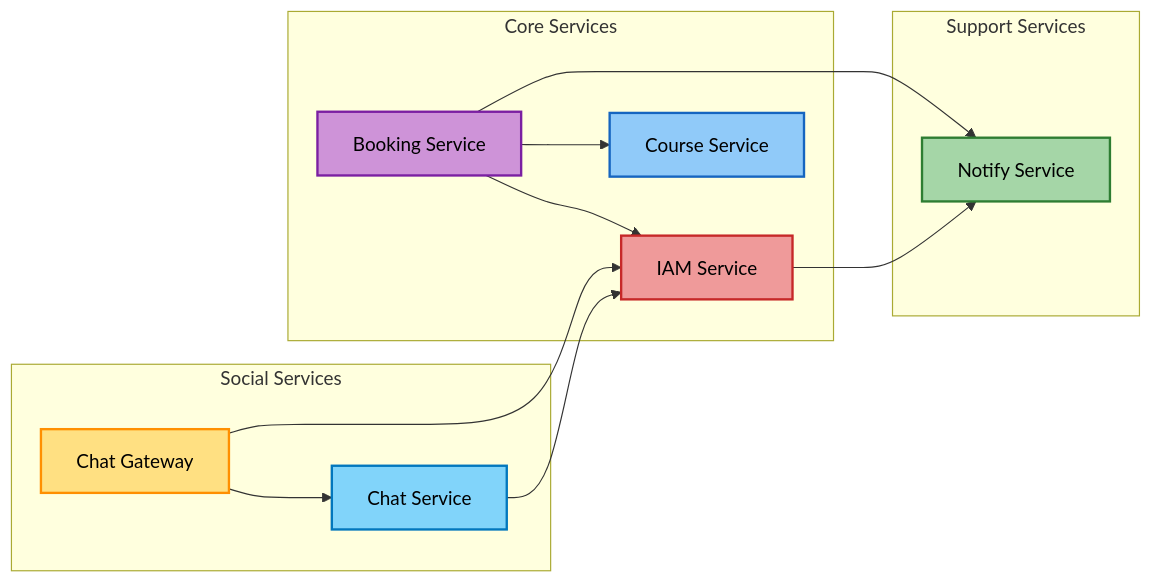
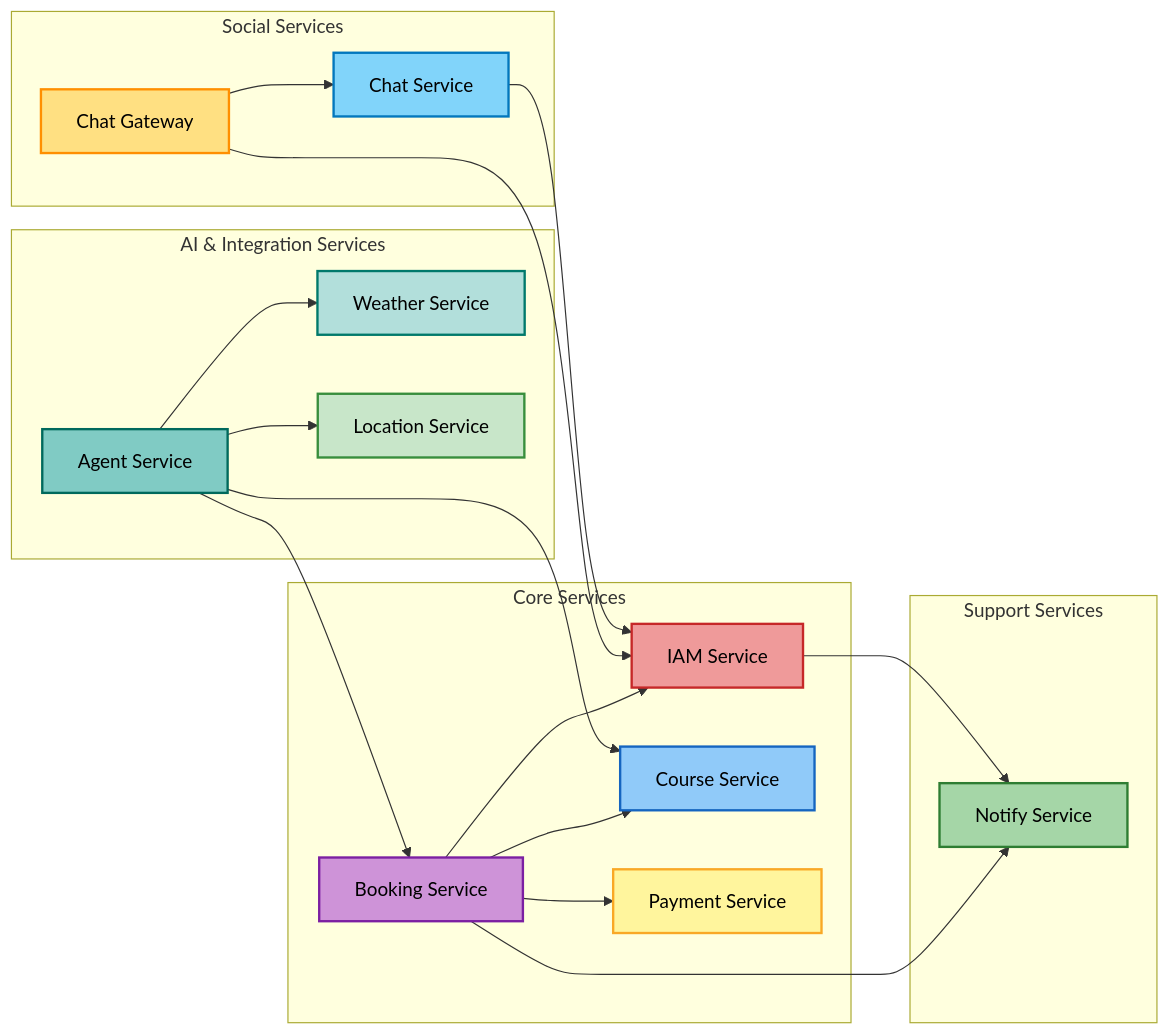
One commit to uniyous/parkgolf-platform changed the third of 8 diagrams in docs/ARCHITECTURE.md. Above: the diagram before and after it, drawn with Mermaid. The commit also changed other lines of this file, not shown here.

First line of the commit message:
docs: ARCHITECTURE.md 최신화 - 신규 서비스 추가

````diff
--- a/docs/ARCHITECTURE.md
+++ b/docs/ARCHITECTURE.md
@@ -172,32 +204,48 @@
 ```mermaid
 graph LR
     subgraph "Core Services"
         IAM[IAM Service]
         COURSE[Course Service]
         BOOK[Booking Service]
+        PAY[Payment Service]
     end
 
     subgraph "Social Services"
         CHAT[Chat Service]
         CHATGW[Chat Gateway]
     end
 
     subgraph "Support Services"
         NOTIFY[Notify Service]
     end
 
+    subgraph "AI & Integration Services"
+        AGENT[Agent Service]
+        WEATHER[Weather Service]
+        LOCATION[Location Service]
+    end
+
     BOOK --> IAM
     BOOK --> COURSE
     BOOK --> NOTIFY
+    BOOK --> PAY
     IAM --> NOTIFY
     CHATGW --> CHAT
     CHATGW --> IAM
     CHAT --> IAM
+    AGENT --> COURSE
+    AGENT --> BOOK
+    AGENT --> WEATHER
+    AGENT --> LOCATION
 
     style IAM fill:#ef9a9a,stroke:#c62828,stroke-width:2px,color:#000
     style COURSE fill:#90caf9,stroke:#1565c0,stroke-width:2px,color:#000
     style BOOK fill:#ce93d8,stroke:#7b1fa2,stroke-width:2px,color:#000
+    style PAY fill:#fff59d,stroke:#f9a825,stroke-width:2px,color:#000
     style NOTIFY fill:#a5d6a7,stroke:#2e7d32,stroke-width:2px,color:#000
     style CHAT fill:#81d4fa,stroke:#0277bd,stroke-width:2px,color:#000
     style CHATGW fill:#ffe082,stroke:#ff8f00,stroke-width:2px,color:#000
+    style AGENT fill:#80cbc4,stroke:#00695c,stroke-width:2px,color:#000
+    style WEATHER fill:#b2dfdb,stroke:#00796b,stroke-width:2px,color:#000
+    style LOCATION fill:#c8e6c9,stroke:#388e3c,stroke-width:2px,color:#000
 ```
````
